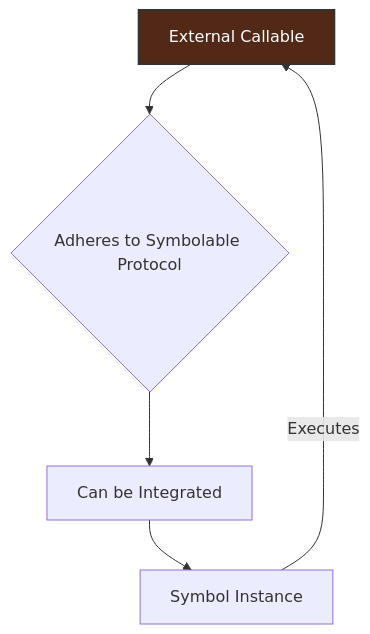
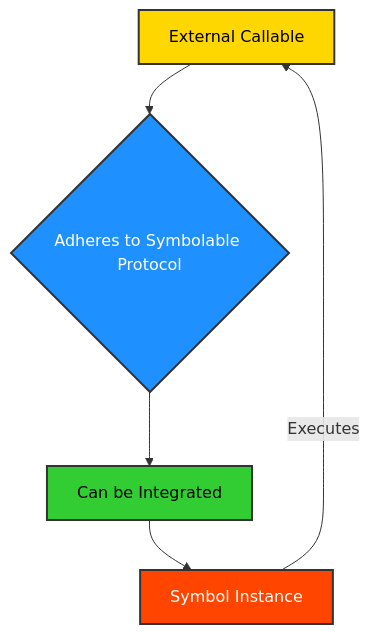
Before and after one commit to ikko/sym: the first of 4 diagrams in docs/readme_details/11_extensibility/index.md, drawn with Mermaid. The commit also changed other lines of this file and 10 other files, not shown here.

````diff
--- a/docs/readme_details/11_extensibility/index.md
+++ b/docs/readme_details/11_extensibility/index.md
@@ -45,11 +52,12 @@
 ```mermaid
 graph TD
     A[External Callable] --> B{Adheres to Symbolable Protocol};
     B --> C[Can be Integrated];
     C --> D[Symbol Instance];
     D -- "Executes" --> A;
 
-    style A fill:#512916,stroke:#333,stroke-width:2px,color:#FFFFFF;
-
-    style A fill:#512916,stroke:#333,stroke-width:2px,color:#FFFFFF;
+    style A fill:#FFD700,stroke:#333,stroke-width:2px,color:#000000;
+    style B fill:#1E90FF,stroke:#333,stroke-width:2px,color:#FFFFFF;
+    style C fill:#32CD32,stroke:#333,stroke-width:2px,color:#000000;
+    style D fill:#FF4500,stroke:#333,stroke-width:2px,color:#FFFFFF;
 ```
````
